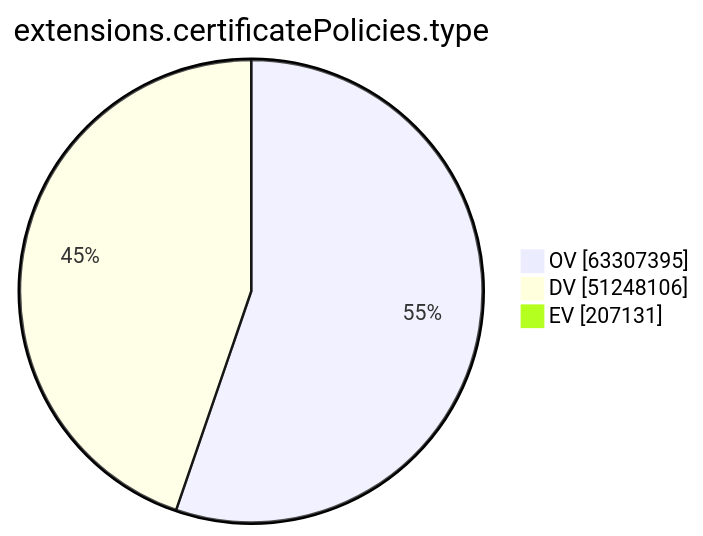
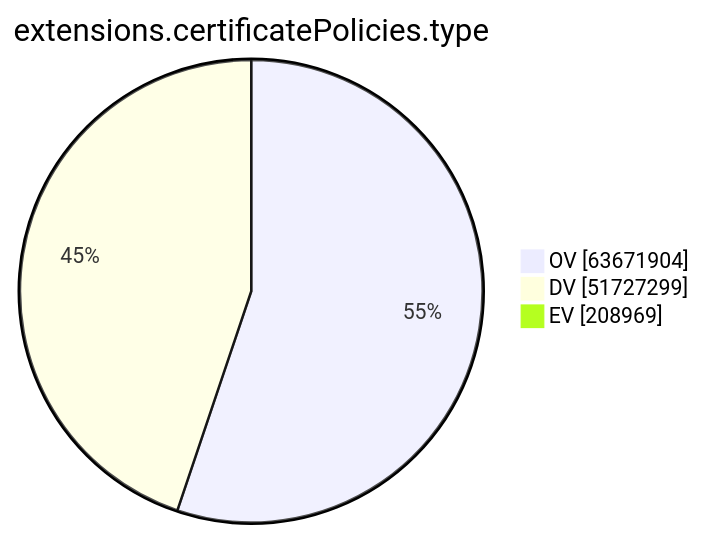
The ninth of 15 diagrams in argon2023/README.md (christiankrug/ctmonitor_visualization), drawn with Mermaid before and after one commit. The commit also changed other lines of this file, not shown here.

````diff
--- a/argon2023/README.md
+++ b/argon2023/README.md
@@ -2149,7 +2152,7 @@
 ```mermaid
 pie showData
 title extensions.certificatePolicies.type
-"OV" :63307395
-"DV" :51248106
-"EV" :207131
+"OV" :63671904
+"DV" :51727299
+"EV" :208969
 ```
````
